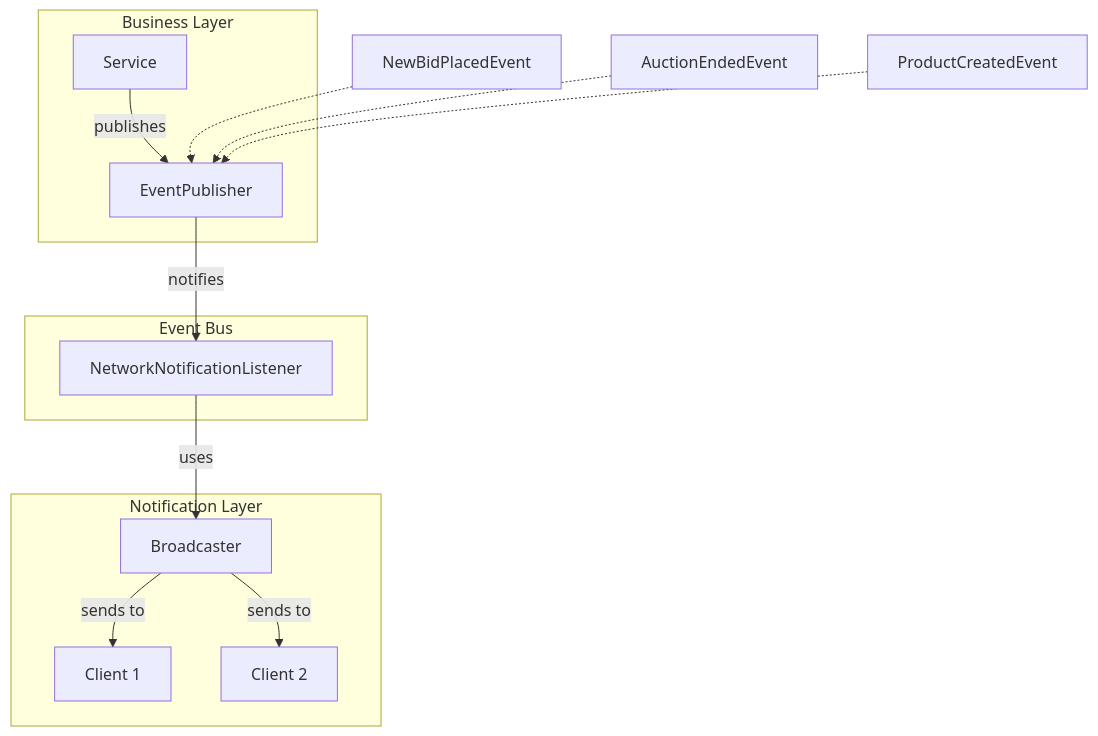
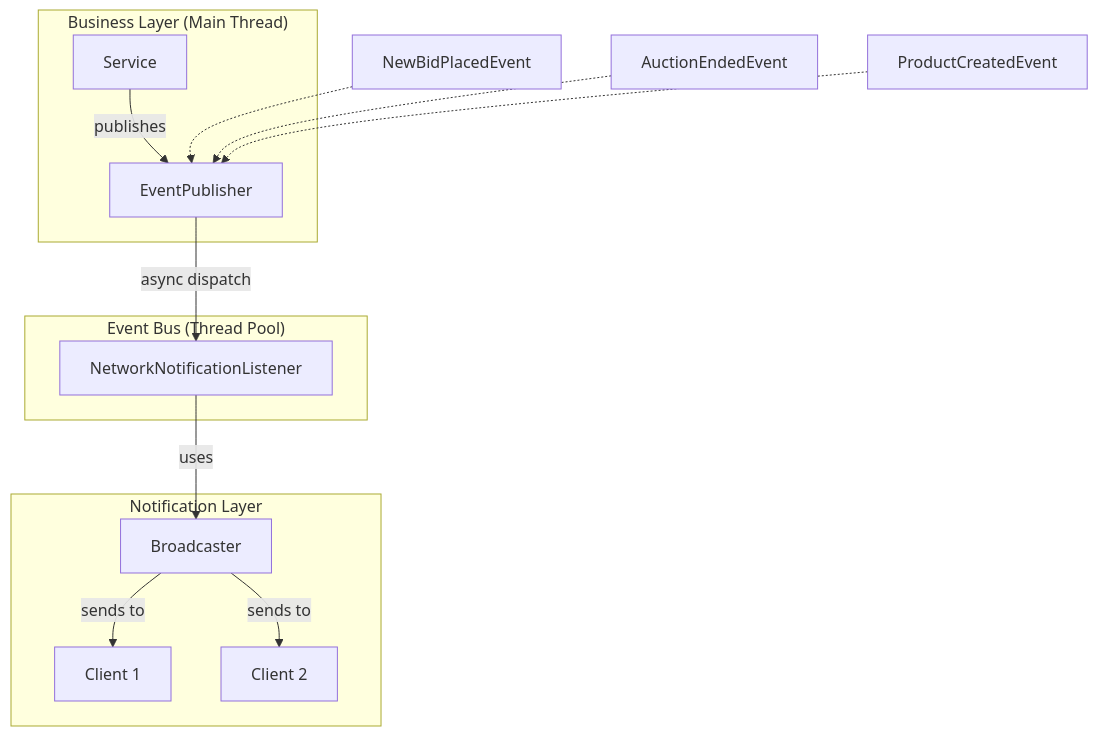
The first of 2 diagrams in docs/SystemOverview.md (haidang9107/Bidding), drawn with Mermaid before and after one commit. The commit also changed other lines of this file and 11 other files, not shown here.

````diff
--- a/docs/SystemOverview.md
+++ b/docs/SystemOverview.md
@@ -24,20 +24,20 @@
 ```mermaid
 graph TD
-    subgraph "Business Layer"
+    subgraph "Business Layer (Main Thread)"
         S[Service] -- publishes --> EP[EventPublisher]
     end
 
-    subgraph "Event Bus"
-        EP -- notifies --> NNL[NetworkNotificationListener]
+    subgraph "Event Bus (Thread Pool)"
+        EP -- async dispatch --> NNL[NetworkNotificationListener]
     end
 
     subgraph "Notification Layer"
         NNL -- uses --> B[Broadcaster]
         B -- sends to --> C1[Client 1]
         B -- sends to --> C2[Client 2]
     end
 
     E1[NewBidPlacedEvent] -.-> EP
     E2[AuctionEndedEvent] -.-> EP
     E3[ProductCreatedEvent] -.-> EP
 ```
````
